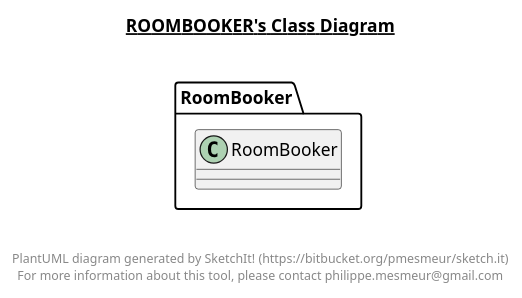
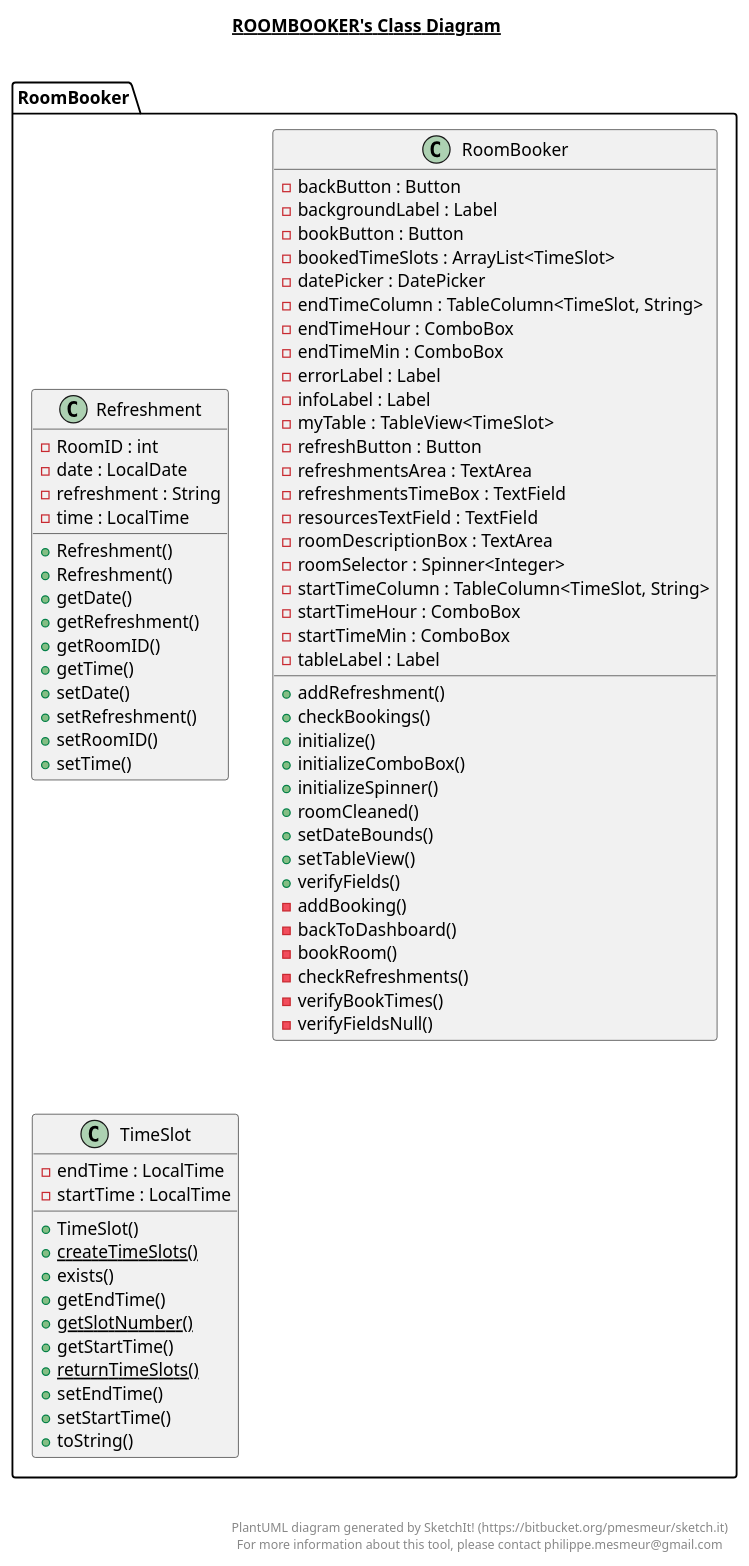
One commit to hegde-atri/meetingBooking changed the diagram in src/RoomBooker/RoomBooker.plantuml. Above: the diagram before and after it, drawn with PlantUML. The commit also changed 30 other files, not shown here.

```diff
--- a/src/RoomBooker/RoomBooker.plantuml
+++ b/src/RoomBooker/RoomBooker.plantuml
@@ -1,20 +1,94 @@
 @startuml
 
 title __ROOMBOOKER's Class Diagram__\n
 
   namespace RoomBooker {
+    class RoomBooker.Refreshment {
+        - RoomID : int
+        - date : LocalDate
+        - refreshment : String
+        - time : LocalTime
+        + Refreshment()
+        + Refreshment()
+        + getDate()
+        + getRefreshment()
+        + getRoomID()
+        + getTime()
+        + setDate()
+        + setRefreshment()
+        + setRoomID()
+        + setTime()
+    }
+  }
+  
+
+  namespace RoomBooker {
     class RoomBooker.RoomBooker {
+        - backButton : Button
+        - backgroundLabel : Label
+        - bookButton : Button
+        - bookedTimeSlots : ArrayList<TimeSlot>
+        - datePicker : DatePicker
+        - endTimeColumn : TableColumn<TimeSlot, String>
+        - endTimeHour : ComboBox
+        - endTimeMin : ComboBox
+        - errorLabel : Label
+        - infoLabel : Label
+        - myTable : TableView<TimeSlot>
+        - refreshButton : Button
+        - refreshmentsArea : TextArea
+        - refreshmentsTimeBox : TextField
+        - resourcesTextField : TextField
+        - roomDescriptionBox : TextArea
+        - roomSelector : Spinner<Integer>
+        - startTimeColumn : TableColumn<TimeSlot, String>
+        - startTimeHour : ComboBox
+        - startTimeMin : ComboBox
+        - tableLabel : Label
+        + addRefreshment()
+        + checkBookings()
+        + initialize()
+        + initializeComboBox()
+        + initializeSpinner()
+        + roomCleaned()
+        + setDateBounds()
+        + setTableView()
+        + verifyFields()
+        - addBooking()
+        - backToDashboard()
+        - bookRoom()
+        - checkRefreshments()
+        - verifyBookTimes()
+        - verifyFieldsNull()
+    }
+  }
+  
+
+  namespace RoomBooker {
+    class RoomBooker.TimeSlot {
+        - endTime : LocalTime
+        - startTime : LocalTime
+        + TimeSlot()
+        {static} + createTimeSlots()
+        + exists()
+        + getEndTime()
+        {static} + getSlotNumber()
+        + getStartTime()
+        {static} + returnTimeSlots()
+        + setEndTime()
+        + setStartTime()
+        + toString()
     }
   }
   
 
 
 
 right footer
 
 
 PlantUML diagram generated by SketchIt! (https://bitbucket.org/pmesmeur/sketch.it)
 For more information about this tool, please contact philippe.mesmeur@gmail.com
 endfooter
 
 @enduml
```
